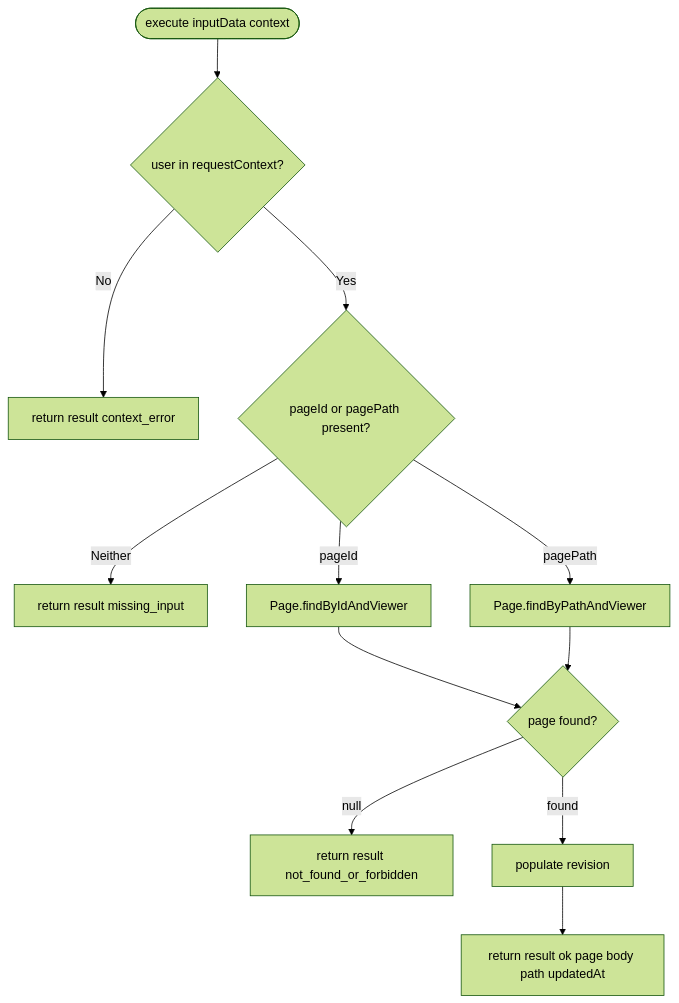
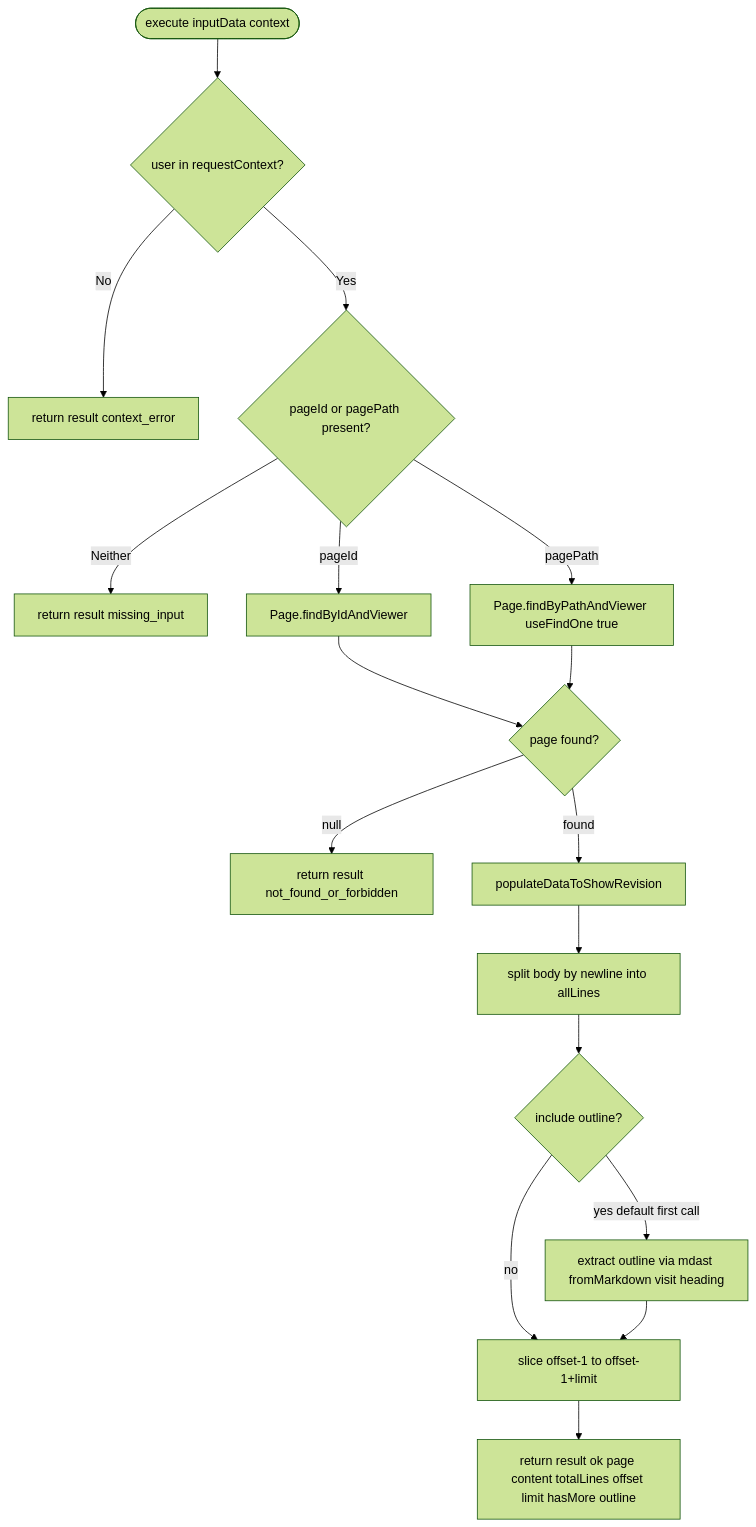
The third of 4 diagrams in .kiro/specs/agentic-search/design.md (growilabs/growi), drawn with Mermaid (forest theme) before and after one commit. The commit also changed other lines of this file and 2 other files, not shown here.

First line of the commit message:
docs(agentic-search): extend getPageContent spec with line pagination + outline (PR #11204 FB)

````diff
--- a/.kiro/specs/agentic-search/design.md
+++ b/.kiro/specs/agentic-search/design.md
@@ -244,14 +246,19 @@
 ```mermaid
 flowchart TD
     Start([execute inputData context]) --> CheckCtx{user in requestContext?}
     CheckCtx -- No --> ContextError[return result context_error]
     CheckCtx -- Yes --> CheckInput{pageId or pagePath present?}
     CheckInput -- Neither --> MissingInput[return result missing_input]
     CheckInput -- pageId --> ById[Page.findByIdAndViewer]
-    CheckInput -- pagePath --> ByPath[Page.findByPathAndViewer]
+    CheckInput -- pagePath --> ByPath[Page.findByPathAndViewer useFindOne true]
     ById --> Result{page found?}
     ByPath --> Result
     Result -- null --> NotFound[return result not_found_or_forbidden]
-    Result -- found --> Populate[populate revision]
-    Populate --> Return[return result ok page body path updatedAt]
+    Result -- found --> Populate[populateDataToShowRevision]
+    Populate --> Split[split body by newline into allLines]
+    Split --> Outline{include outline?}
+    Outline -- yes default first call --> ExtractOutline[extract outline via mdast fromMarkdown visit heading]
+    Outline -- no --> Slice[slice offset-1 to offset-1+limit]
+    ExtractOutline --> Slice
+    Slice --> Return[return result ok page content totalLines offset limit hasMore outline]
 ```
````
